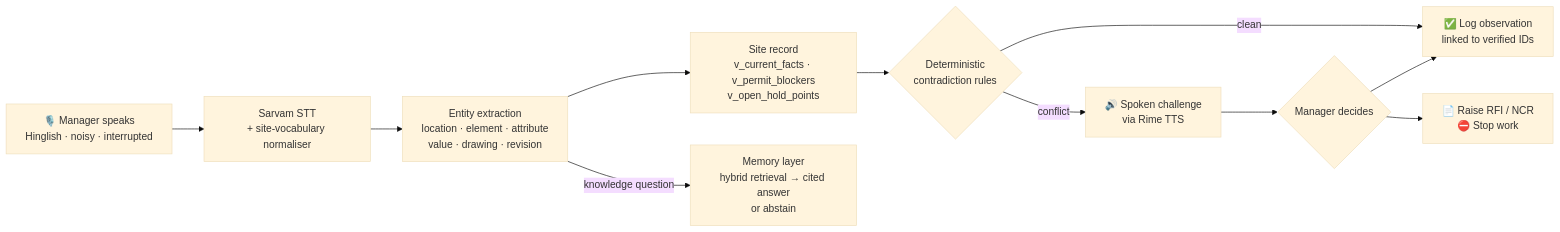
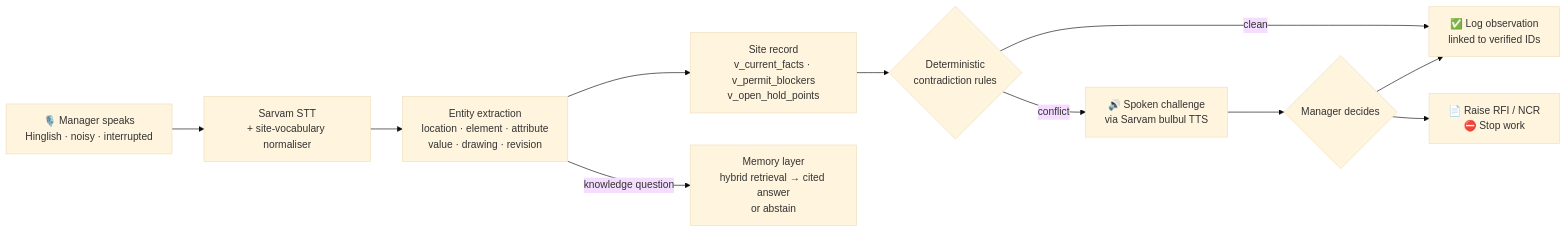
The first of 3 diagrams in README.md (atharvavdeo/vesper-ai), drawn with Mermaid (base theme) before and after one commit. The commit also changed other lines of this file and 2 other files, not shown here.

Commit message:
Documented the Sarvam speech stack, the speech endpoints and the new voice settings

````diff
--- a/README.md
+++ b/README.md
@@ -88,13 +88,13 @@
 ```mermaid
 flowchart LR
     A["🎙️ Manager speaks<br/>Hinglish · noisy · interrupted"] --> S["Sarvam STT<br/>+ site-vocabulary normaliser"]
     S --> B["Entity extraction<br/>location · element · attribute<br/>value · drawing · revision"]
     B --> C["Site record<br/>v_current_facts · v_permit_blockers<br/>v_open_hold_points"]
     C --> D{"Deterministic<br/>contradiction rules"}
     D -->|clean| E["✅ Log observation<br/>linked to verified IDs"]
-    D -->|conflict| F["🔊 Spoken challenge<br/>via Rime TTS"]
+    D -->|conflict| F["🔊 Spoken challenge<br/>via Sarvam bulbul TTS"]
     F --> G{"Manager decides"}
     G --> E
     G --> H["📄 Raise RFI / NCR<br/>⛔ Stop work"]
     B -->|knowledge question| M["Memory layer<br/>hybrid retrieval → cited answer<br/>or abstain"]
 ```
````
